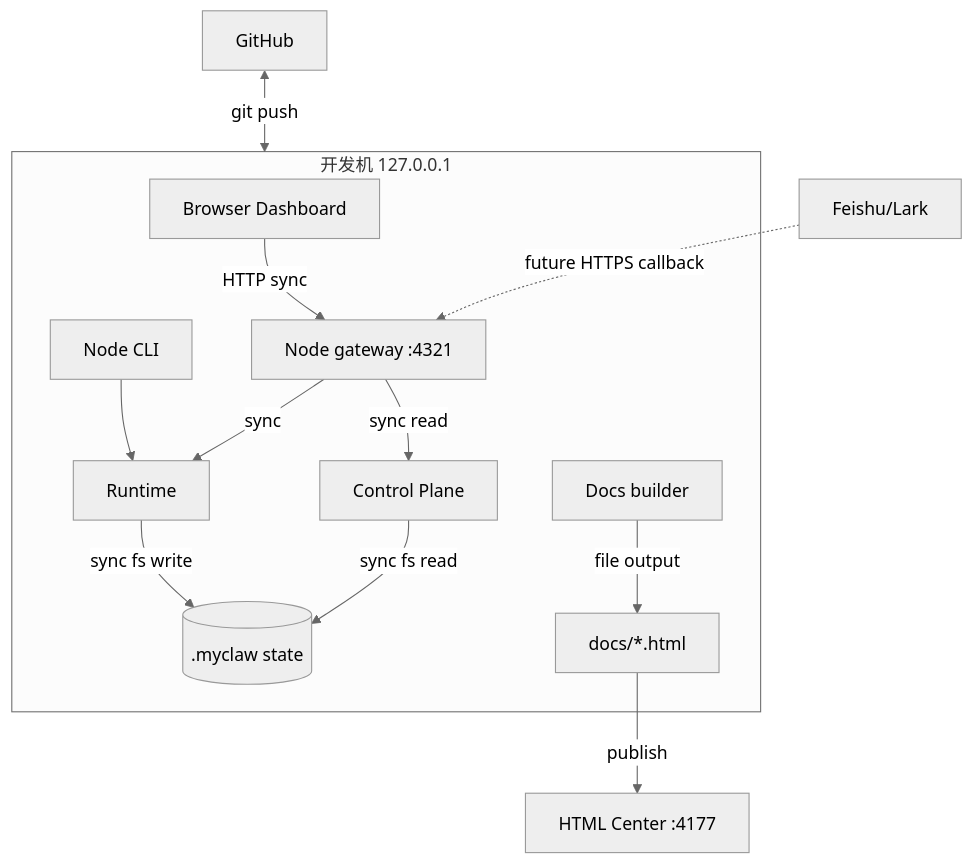
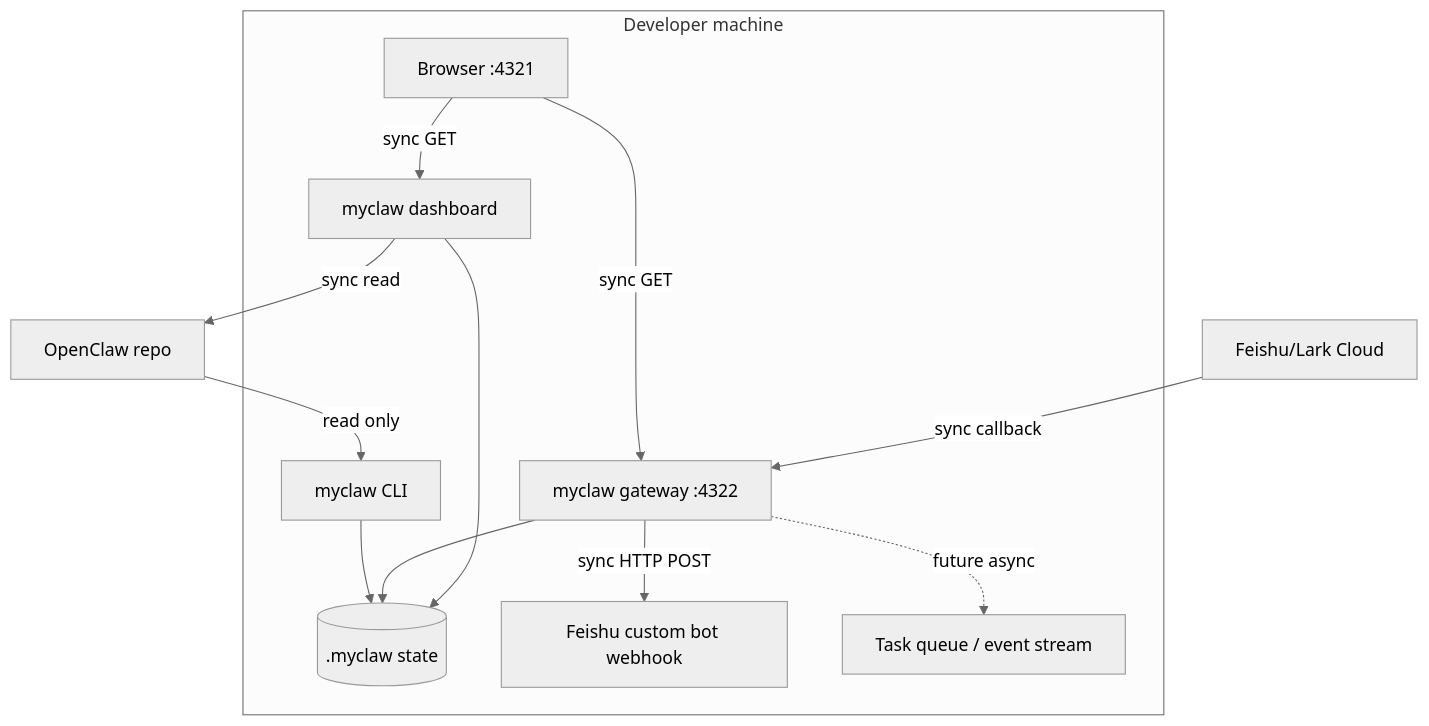
Before and after one commit to mayf3/myclaw: the eighth of 8 diagrams in docs/implementation-architecture.md, drawn with Mermaid (neutral theme). The commit also changed other lines of this file and 13 other files, not shown here.

````diff
--- a/docs/implementation-architecture.md
+++ b/docs/implementation-architecture.md
@@ -256,15 +277,15 @@
 ```mermaid
 flowchart TB
-  subgraph Localhost[开发机 127.0.0.1]
-    Browser[Browser Dashboard] -->|HTTP sync| Gateway[Node gateway :4321]
-    CLI[Node CLI] --> Runtime[Runtime]
-    Gateway -->|sync| Runtime
-    Gateway -->|sync read| Control[Control Plane]
-    Runtime -->|sync fs write| State[(.myclaw state)]
-    Control -->|sync fs read| State
-    Docs[Docs builder] -->|file output| HtmlFiles[docs/*.html]
+  subgraph Localhost[Developer machine]
+    Browser[Browser :4321] -->|sync GET| Dashboard[myclaw dashboard]
+    Browser -->|sync GET| Gateway[myclaw gateway :4322]
+    CLI[myclaw CLI] --> State[(.myclaw state)]
+    Gateway --> State
+    Dashboard --> State
+    Gateway -->|sync HTTP POST| FeishuWebhook[Feishu custom bot webhook]
+    Gateway -.future async.-> Queue[Task queue / event stream]
   end
-  Feishu[Feishu/Lark] -.future HTTPS callback.-> Gateway
-  GitHub[GitHub] <-->|git push| Localhost
-  HtmlFiles -->|publish| HtmlCenter[HTML Center :4177]
+  Feishu[Feishu/Lark Cloud] -->|sync callback| Gateway
+  OpenClawRepo[OpenClaw repo] -->|read only| CLI
+  Dashboard -->|sync read| OpenClawRepo
 ```
````
